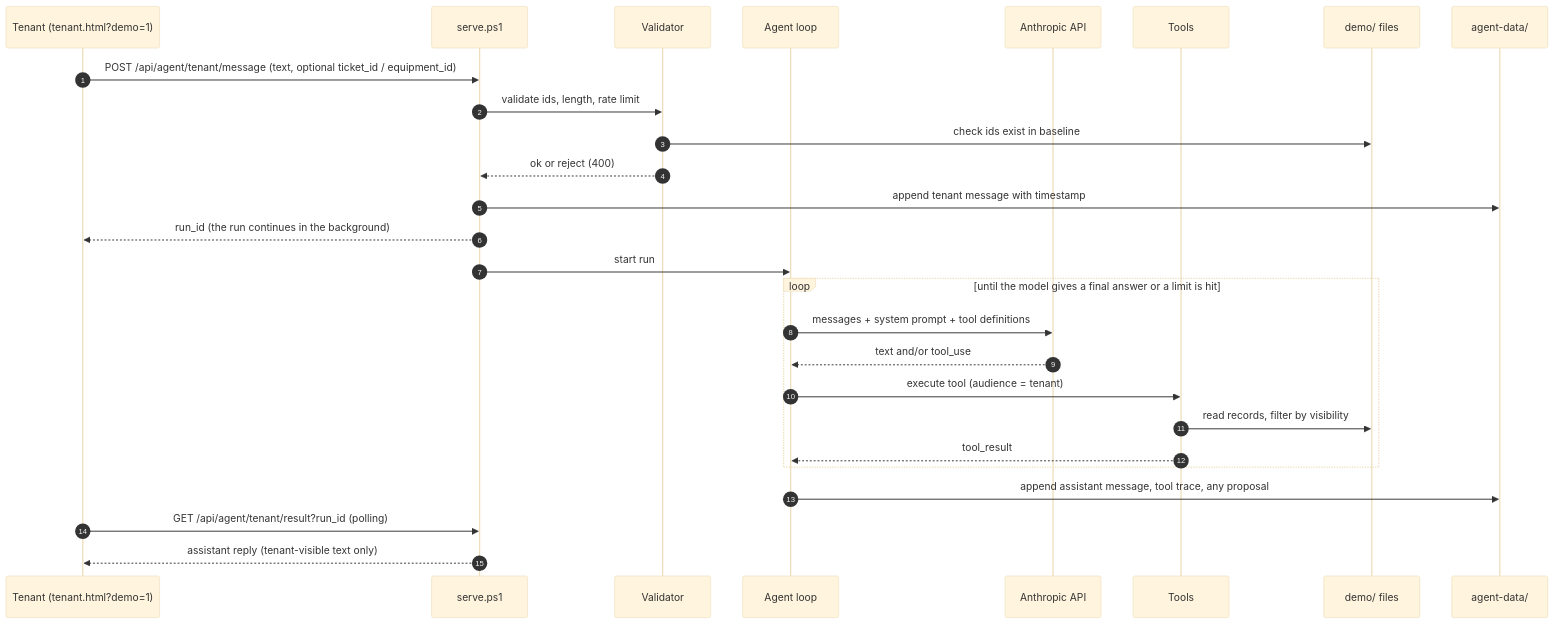
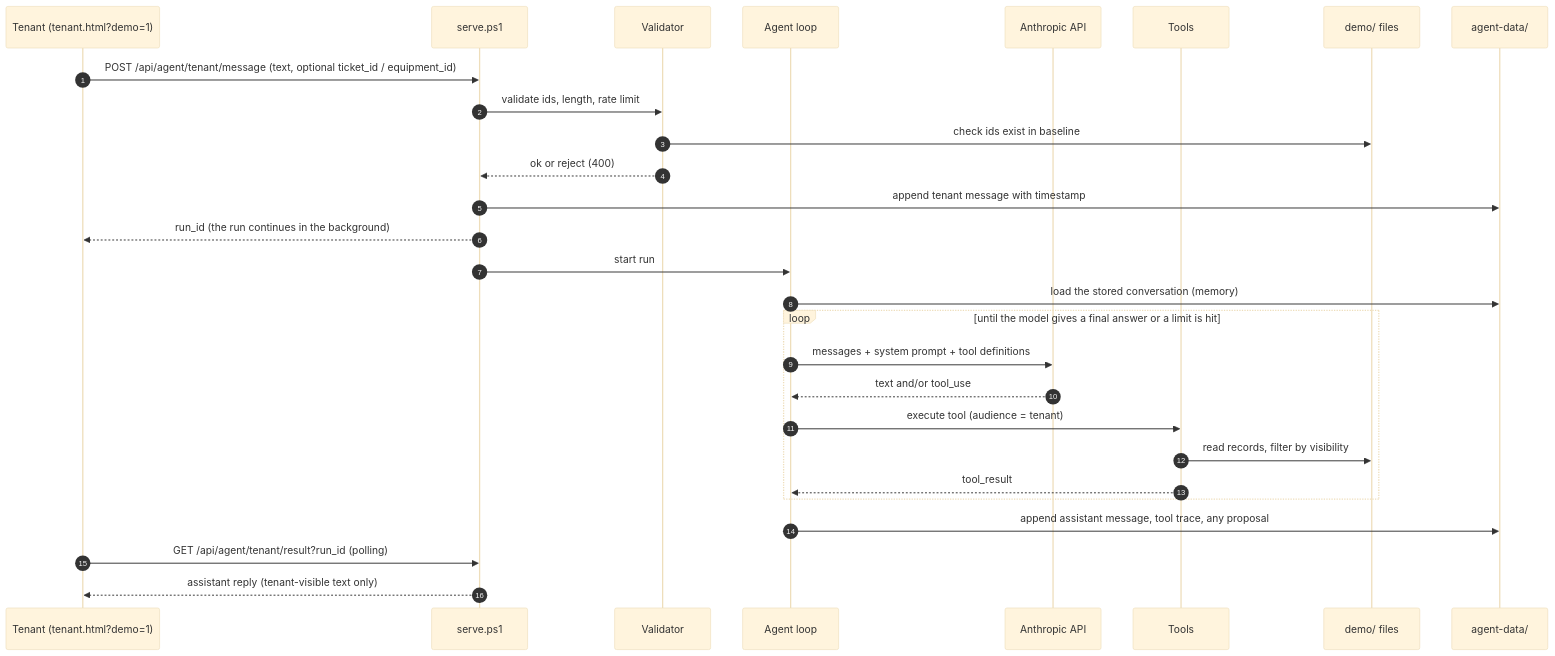
Before and after one commit to stavdayan-netizen/Dashboard-Practice: the second of 4 diagrams in Architecture.md, drawn with Mermaid (base theme). The commit also changed other lines of this file and 4 other files, not shown here.

````diff
--- a/Architecture.md
+++ b/Architecture.md
@@ -68,30 +68,31 @@
 ```mermaid
 sequenceDiagram
   autonumber
   participant Tn as Tenant (tenant.html?demo=1)
   participant S as serve.ps1
   participant V as Validator
   participant A as Agent loop
   participant M as Anthropic API
   participant X as Tools
   participant D as demo/ files
   participant F as agent-data/
 
   Tn->>S: POST /api/agent/tenant/message (text, optional ticket_id / equipment_id)
   S->>V: validate ids, length, rate limit
   V->>D: check ids exist in baseline
   V-->>S: ok or reject (400)
   S->>F: append tenant message with timestamp
   S-->>Tn: run_id (the run continues in the background)
   S->>A: start run
+  A->>F: load the stored conversation (memory)
   loop until the model gives a final answer or a limit is hit
     A->>M: messages + system prompt + tool definitions
     M-->>A: text and/or tool_use
     A->>X: execute tool (audience = tenant)
     X->>D: read records, filter by visibility
     X-->>A: tool_result
   end
   A->>F: append assistant message, tool trace, any proposal
   Tn->>S: GET /api/agent/tenant/result?run_id (polling)
   S-->>Tn: assistant reply (tenant-visible text only)
 ```
````
